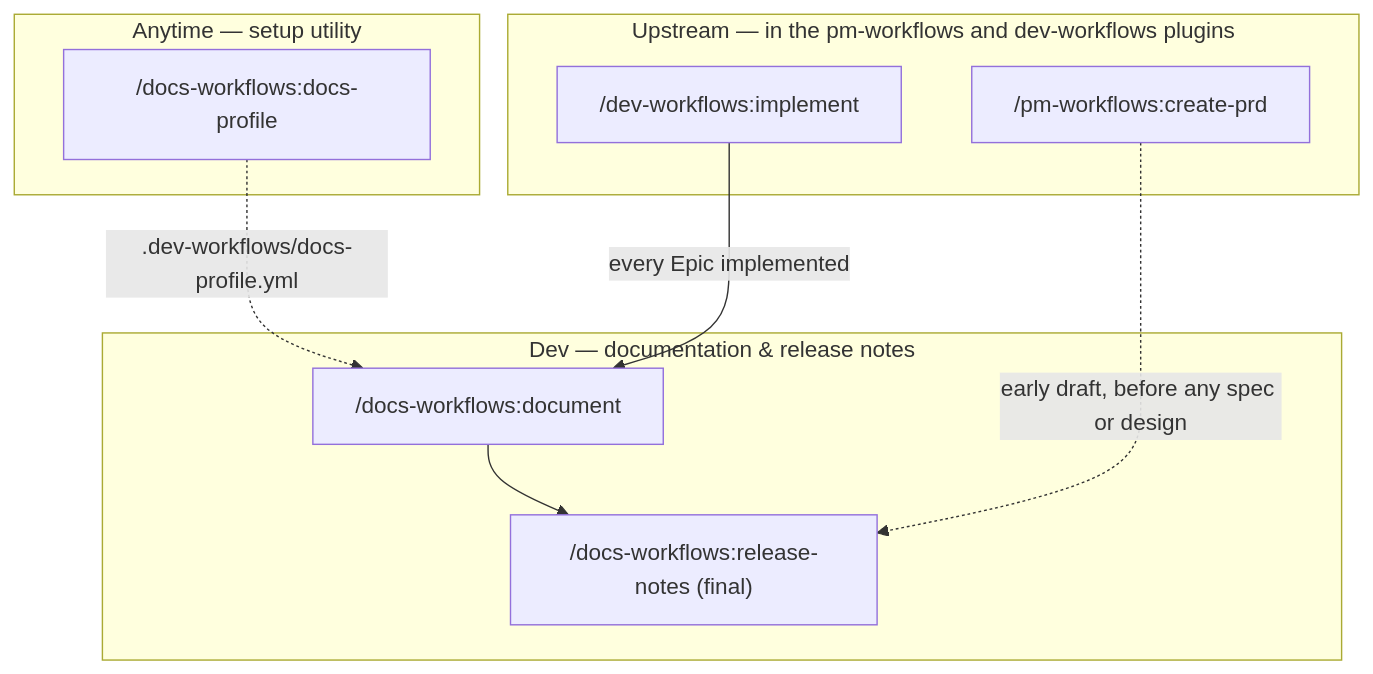
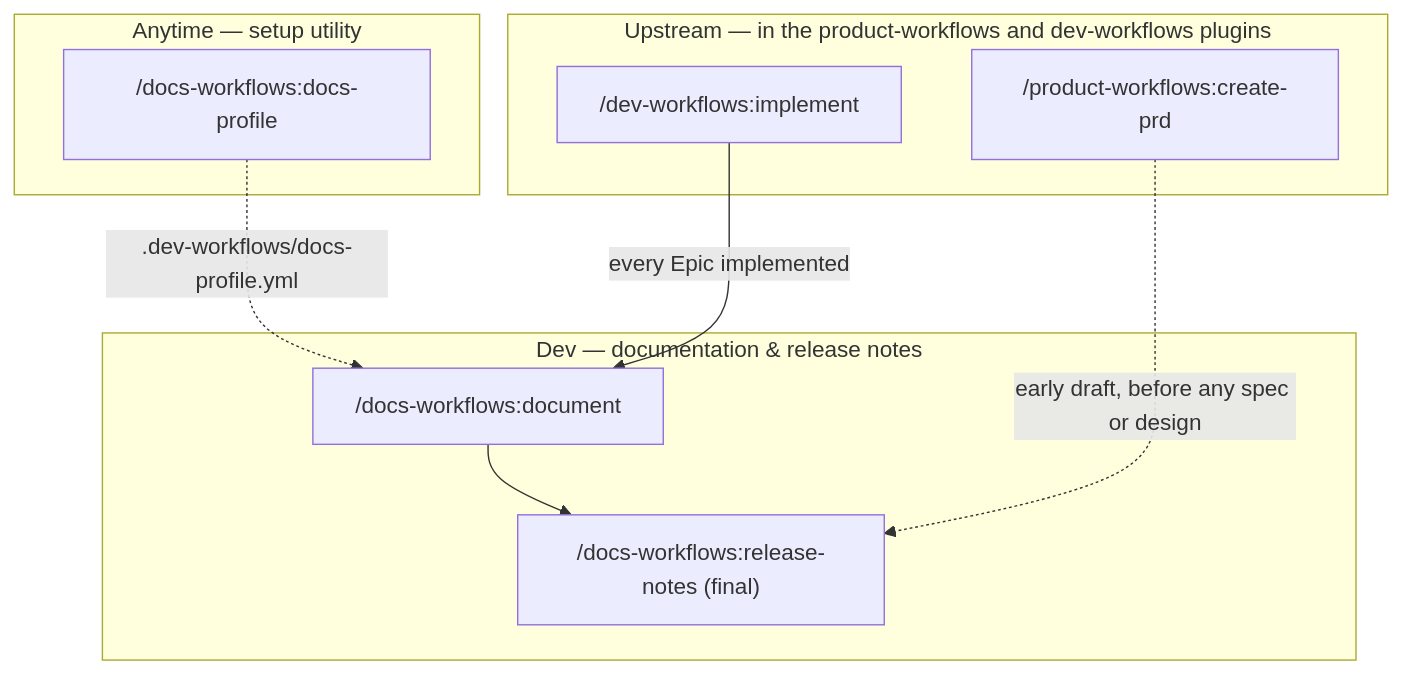
The diagram in plugins/docs-workflows/docs/workflow.md (ihudak/ihudak-claude-plugins), drawn with Mermaid before and after one commit. The commit also changed other lines of this file and 160 other files, not shown here.

First line of the commit message:
refactor: rename pm-workflows to product-workflows

````diff
--- a/plugins/docs-workflows/docs/workflow.md
+++ b/plugins/docs-workflows/docs/workflow.md
@@ -5,19 +5,19 @@
 ```mermaid
 flowchart TD
-    subgraph UP["Upstream — in the pm-workflows and dev-workflows plugins"]
+    subgraph UP["Upstream — in the product-workflows and dev-workflows plugins"]
         implement["/dev-workflows:implement"]
-        createprd["/pm-workflows:create-prd"]
+        createprd["/product-workflows:create-prd"]
     end
     subgraph DOCS["Dev — documentation & release notes"]
         document["/docs-workflows:document"]
         rndev["/docs-workflows:release-notes (final)"]
         document --> rndev
     end
     subgraph SETUP["Anytime — setup utility"]
         profile["/docs-workflows:docs-profile"]
     end
 
     implement -->|every Epic implemented| document
     createprd -.->|early draft, before any spec or design| rndev
     profile -.->|.dev-workflows/docs-profile.yml| document
 ```
````
